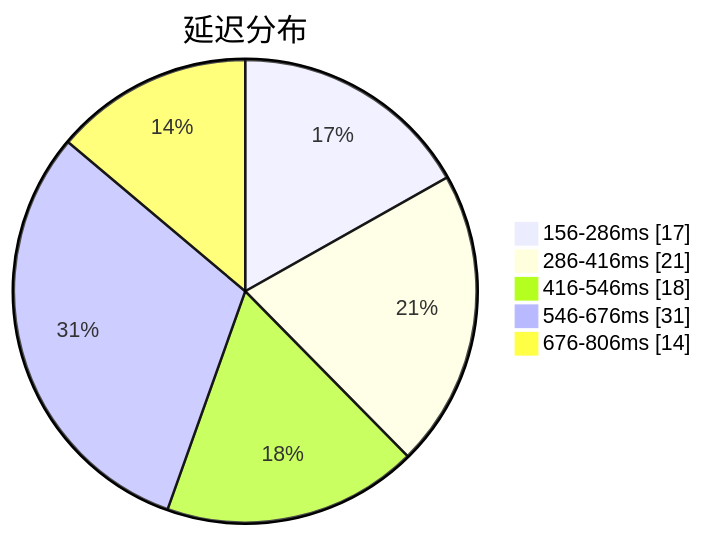
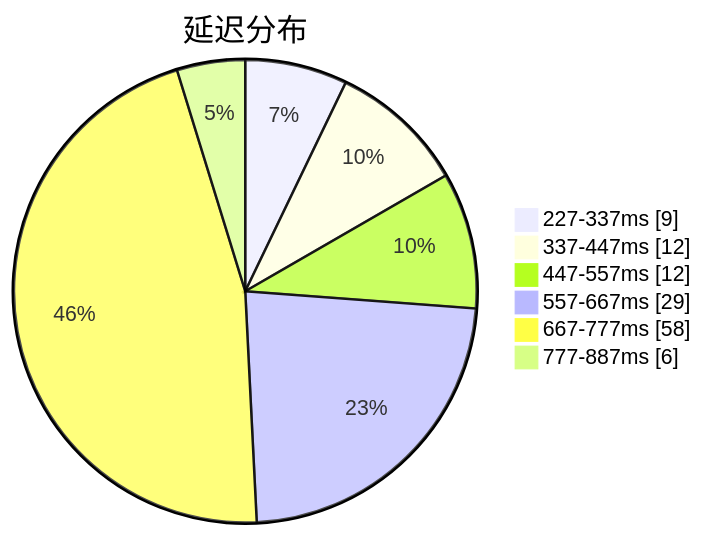
Before and after one commit to qjlxg/airport: the first of 3 diagrams in subs/statistics/tested_within.md, drawn with Mermaid. The commit also changed other lines of this file and 2 other files, not shown here.

````diff
--- a/subs/statistics/tested_within.md
+++ b/subs/statistics/tested_within.md
@@ -2,9 +2,10 @@
 ```mermaid
 pie showData
 title 延迟分布
-"156-286ms" : 17
-"286-416ms" : 21
-"416-546ms" : 18
-"546-676ms" : 31
-"676-806ms" : 14
+"227-337ms" : 9
+"337-447ms" : 12
+"447-557ms" : 12
+"557-667ms" : 29
+"667-777ms" : 58
+"777-887ms" : 6
 ```
````
